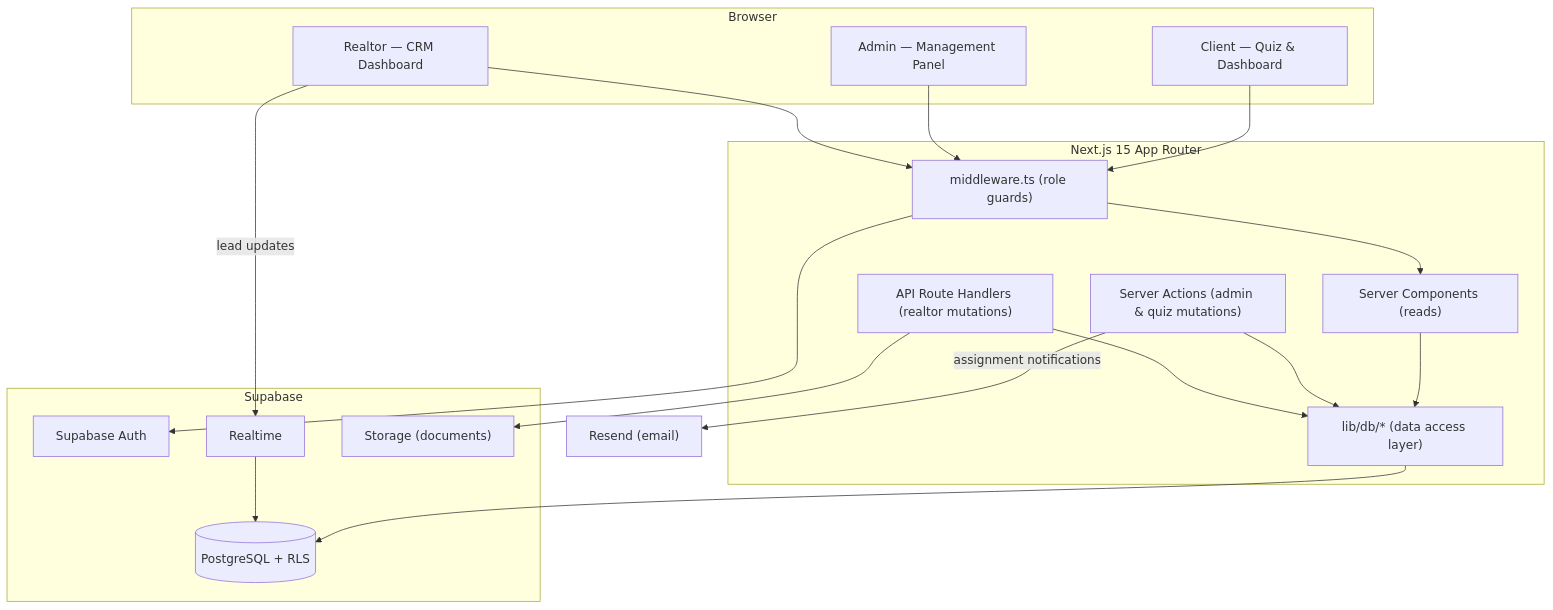
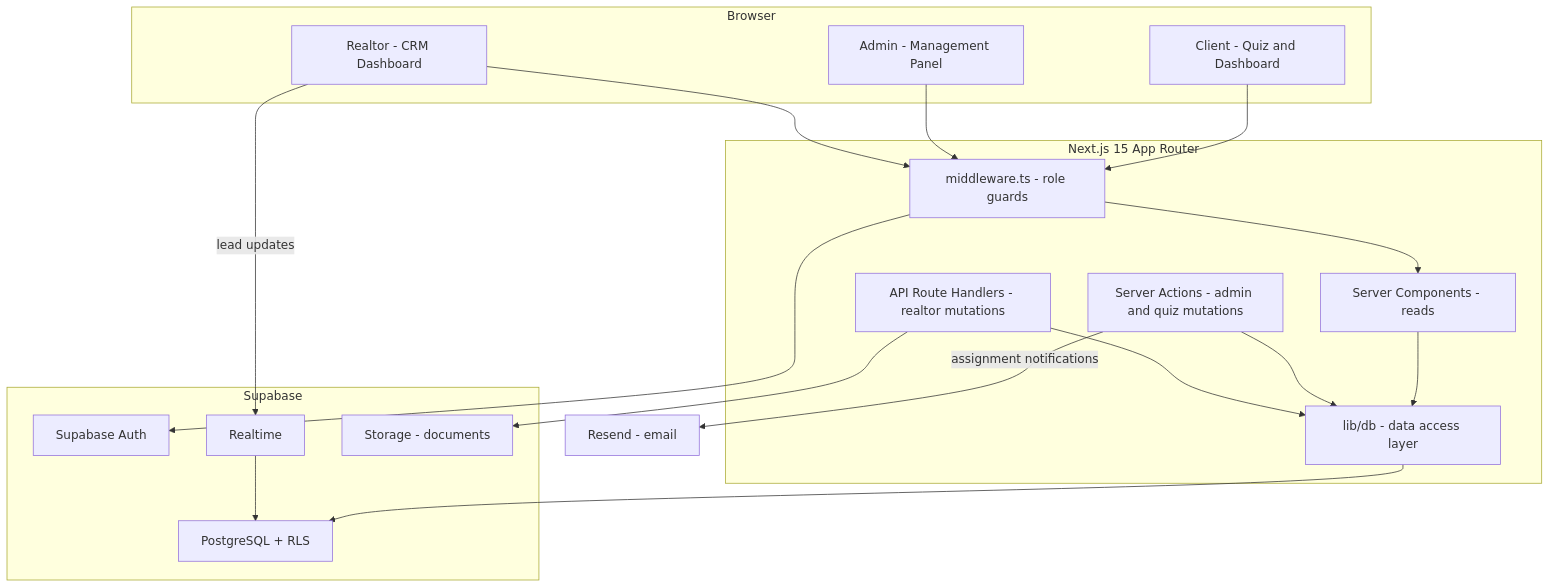
Before and after one commit to ar1shah/align-beta: the first of 2 diagrams in README.md, drawn with Mermaid.

Commit message:
README/docs updated

````diff
--- a/README.md
+++ b/README.md
@@ -47,39 +47,39 @@
 ```mermaid
 flowchart TB
-  subgraph browser [Browser]
-    ClientUI["Client — Quiz & Dashboard"]
-    AdminUI["Admin — Management Panel"]
-    RealtorUI["Realtor — CRM Dashboard"]
+  subgraph browser["Browser"]
+    ClientUI["Client - Quiz and Dashboard"]
+    AdminUI["Admin - Management Panel"]
+    RealtorUI["Realtor - CRM Dashboard"]
   end
 
-  subgraph nextjs ["Next.js 15 App Router"]
-    MW["middleware.ts (role guards)"]
-    RSC["Server Components (reads)"]
-    SA["Server Actions (admin & quiz mutations)"]
-    API["API Route Handlers (realtor mutations)"]
-    DBLayer["lib/db/* (data access layer)"]
+  subgraph nextjs["Next.js 15 App Router"]
+    MW["middleware.ts - role guards"]
+    RSC["Server Components - reads"]
+    SA["Server Actions - admin and quiz mutations"]
+    API["API Route Handlers - realtor mutations"]
+    DBLayer["lib/db - data access layer"]
   end
 
-  subgraph supabase [Supabase]
+  subgraph supabase["Supabase"]
     Auth["Supabase Auth"]
-    PG[("PostgreSQL + RLS")]
+    PG["PostgreSQL + RLS"]
     RT["Realtime"]
-    Storage["Storage (documents)"]
+    Storage["Storage - documents"]
   end
 
-  Resend["Resend (email)"]
+  Resend["Resend - email"]
 
   ClientUI --> MW
   AdminUI --> MW
   RealtorUI --> MW
   MW --> Auth
   MW --> RSC
   RSC --> DBLayer
   SA --> DBLayer
   API --> DBLayer
   DBLayer --> PG
-  RealtorUI -- "lead updates" --> RT
+  RealtorUI -->|lead updates| RT
   RT --> PG
-  SA -- "assignment notifications" --> Resend
+  SA -->|assignment notifications| Resend
   API --> Storage
 ```
````
